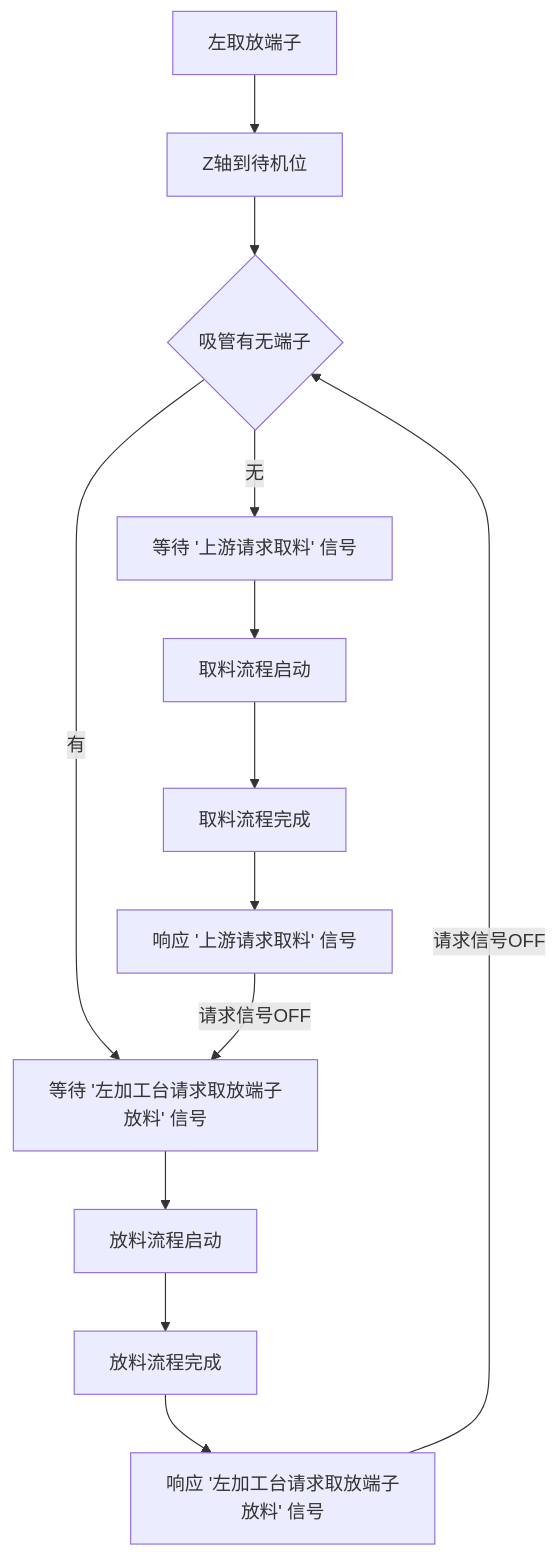
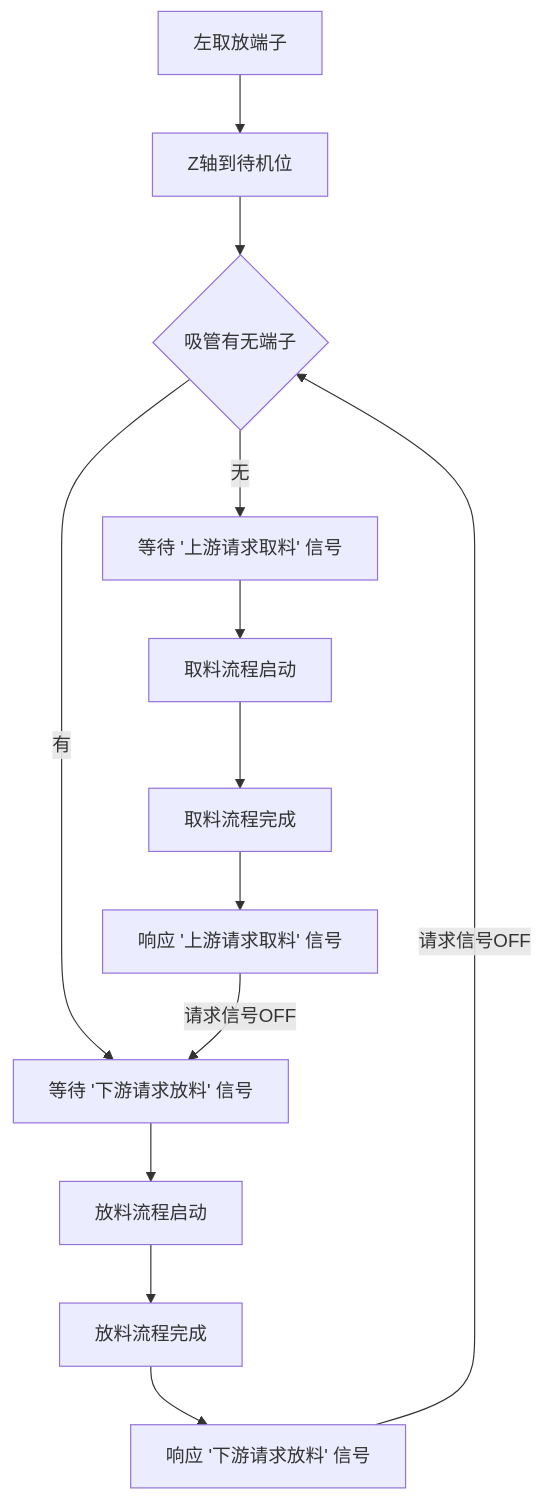
The diagram in all/VR-OP90左取放端子.md (zmq000/iodraw-files), drawn with Mermaid before and after one commit.

Commit message:
2026-06-18 11:46:00 update

````diff
--- a/all/VR-OP90左取放端子.md
+++ b/all/VR-OP90左取放端子.md
@@ -1,16 +1,16 @@
 ```mermaid
 graph TD
 0[左取放端子]-->10
 10[Z轴到待机位]-->20
 20{吸管有无端子}-->|有|80
 20-->|无|30
 
 30[等待 '上游请求取料' 信号]-->40
 40[取料流程启动]-->50
 50[取料流程完成]-->60
 60[响应 '上游请求取料' 信号]-->|请求信号OFF|80
-80[等待 '左加工台请求取放端子放料' 信号]-->90
+80[等待 '下游请求放料' 信号]-->90
 90[放料流程启动]-->100
 100[放料流程完成]-->110
-110[响应 '左加工台请求取放端子放料' 信号]-->|请求信号OFF|20
+110[响应 '下游请求放料' 信号]-->|请求信号OFF|20
 ```
````
